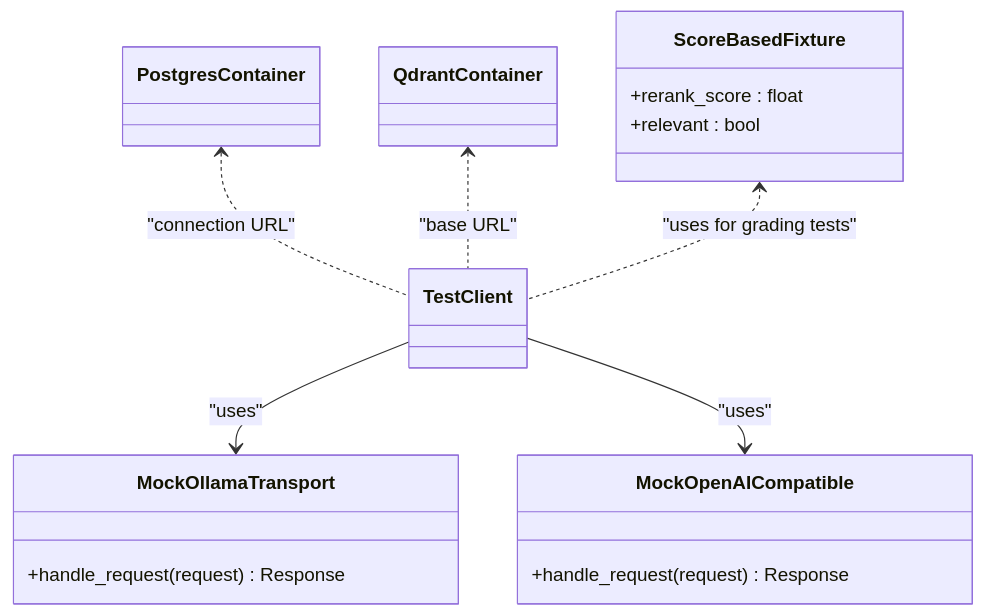
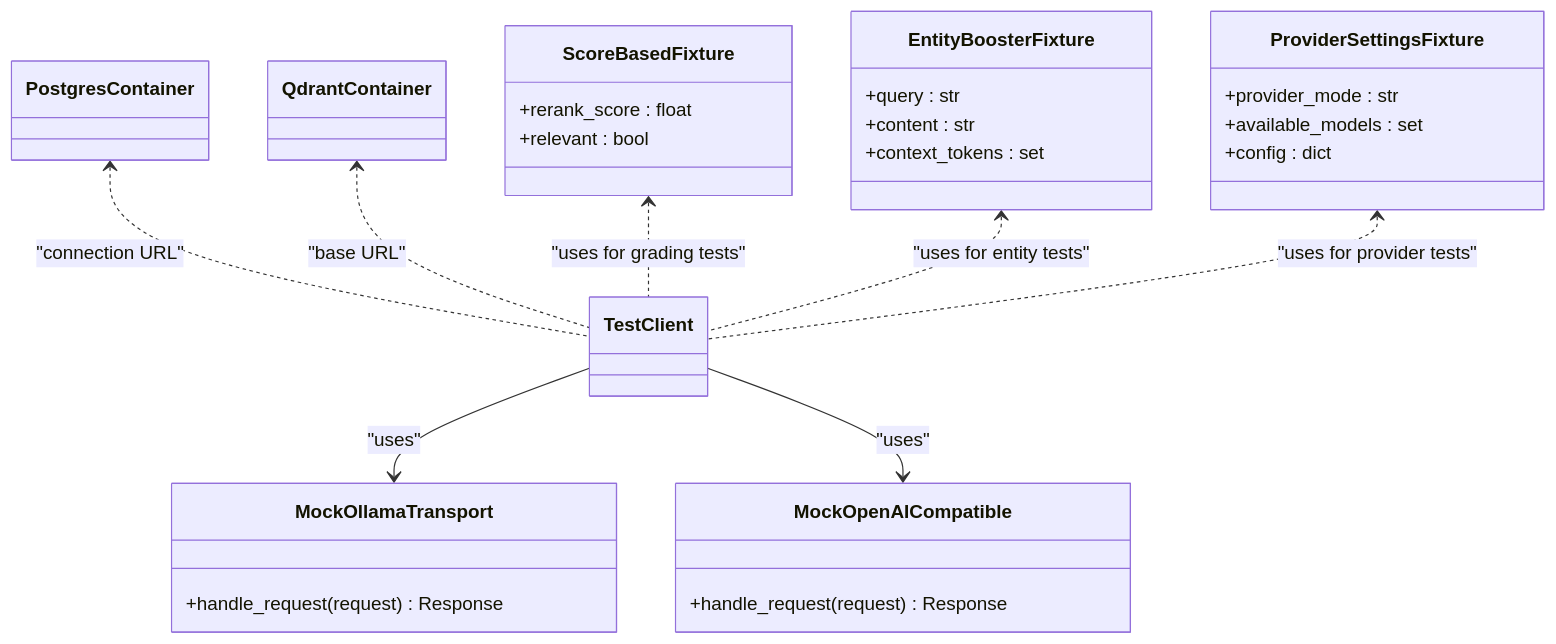
The fifth of 6 diagrams in .qoder/repowiki/en/content/Testing Strategy/Testing Strategy.md (genes8/private-ai), drawn with Mermaid before and after one commit. The commit also changed other lines of this file and 31 other files, not shown here.

First line of the commit message:
feat: feedback admin page, provider settings UX, SSRF hardening, and observability improvements

````diff
--- a/.qoder/repowiki/en/content/Testing Strategy/Testing Strategy.md
+++ b/.qoder/repowiki/en/content/Testing Strategy/Testing Strategy.md
@@ -503,21 +642,33 @@
 ```mermaid
 classDiagram
 class MockOllamaTransport {
 +handle_request(request) Response
 }
 class MockOpenAICompatible {
 +handle_request(request) Response
 }
 class TestClient
 class PostgresContainer
 class QdrantContainer
 class ScoreBasedFixture {
 +rerank_score : float
 +relevant : bool
 }
+class EntityBoosterFixture {
++query : str
++content : str
++context_tokens : set
+}
+class ProviderSettingsFixture {
++provider_mode : str
++available_models : set
++config : dict
+}
 TestClient --> MockOllamaTransport : "uses"
 TestClient --> MockOpenAICompatible : "uses"
 PostgresContainer <.. TestClient : "connection URL"
 QdrantContainer <.. TestClient : "base URL"
 ScoreBasedFixture <.. TestClient : "uses for grading tests"
+EntityBoosterFixture <.. TestClient : "uses for entity tests"
+ProviderSettingsFixture <.. TestClient : "uses for provider tests"
 ```
````
